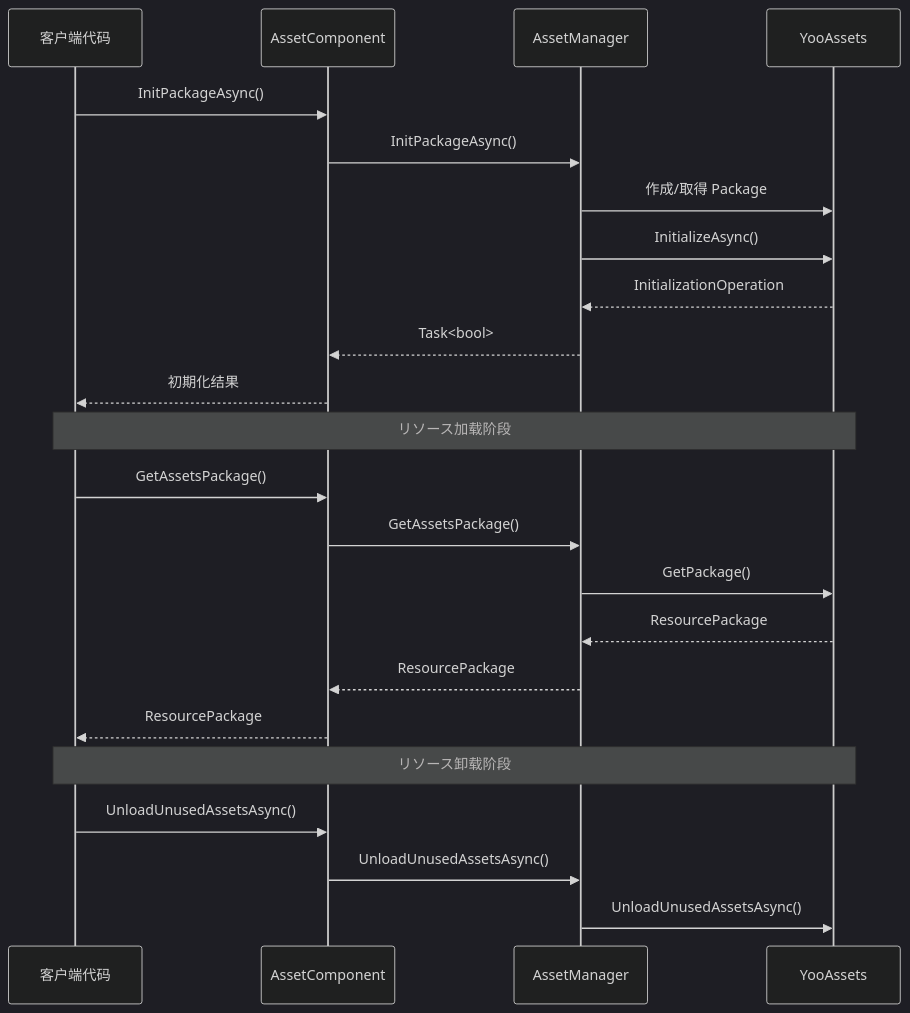
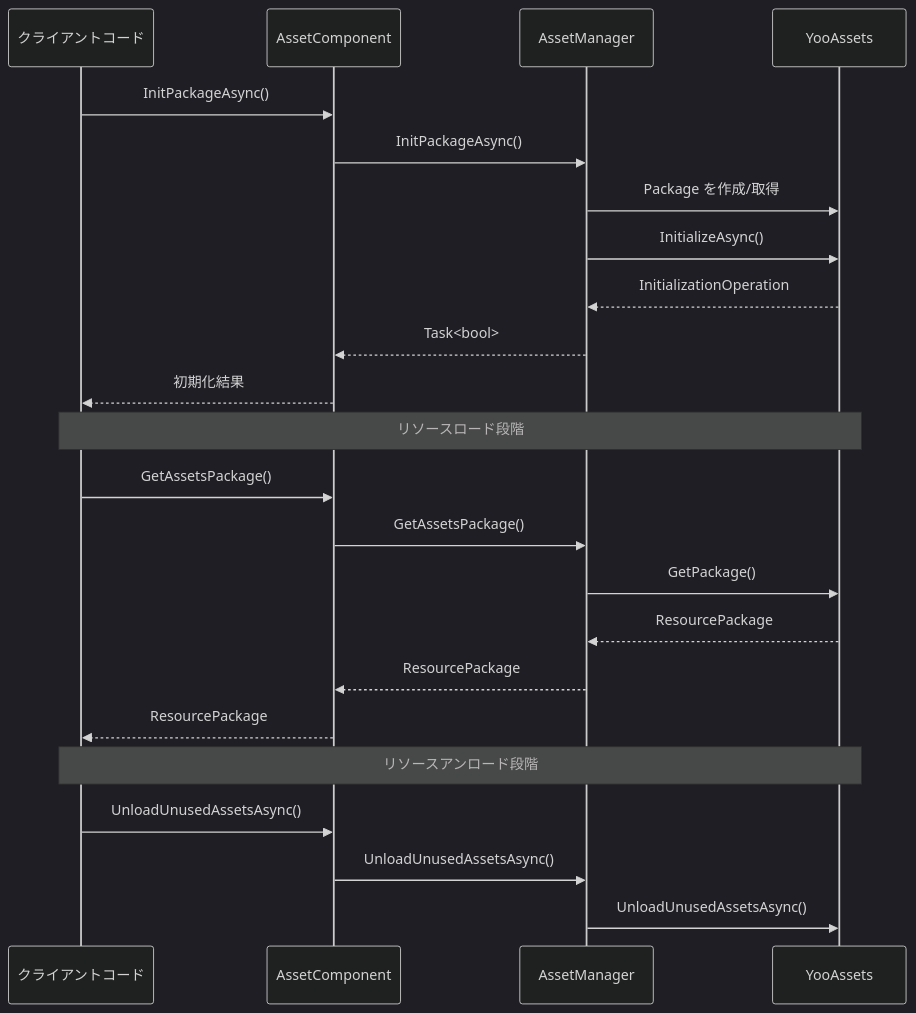
The second of 2 diagrams in docs/ja/client/unity/component/asset/12.package-management.md (AlianBlank/GameFrameX.Docs), drawn with Mermaid (dark theme) before and after one commit. The commit also changed other lines of this file and 320 other files, not shown here.

````diff
--- a/docs/ja/client/unity/component/asset/12.package-management.md
+++ b/docs/ja/client/unity/component/asset/12.package-management.md
@@ -262,30 +262,30 @@
 ```mermaid
 sequenceDiagram
-    participant Client as 客户端代码
+    participant Client as クライアントコード
     participant AC as AssetComponent
     participant AM as AssetManager
     participant YA as YooAssets
 
     Client->>AC: InitPackageAsync()
     AC->>AM: InitPackageAsync()
-    AM->>YA: 作成/取得 Package
+    AM->>YA: Package を作成/取得
     AM->>YA: InitializeAsync()
     YA-->>AM: InitializationOperation
     AM-->>AC: Task<bool>
-    AC-->>Client: 初期化结果
+    AC-->>Client: 初期化結果
 
-    Note over Client,YA: リソース加载阶段
+    Note over Client,YA: リソースロード段階
 
     Client->>AC: GetAssetsPackage()
     AC->>AM: GetAssetsPackage()
     AM->>YA: GetPackage()
     YA-->>AM: ResourcePackage
     AM-->>AC: ResourcePackage
     AC-->>Client: ResourcePackage
 
-    Note over Client,YA: リソース卸载阶段
+    Note over Client,YA: リソースアンロード段階
 
     Client->>AC: UnloadUnusedAssetsAsync()
     AC->>AM: UnloadUnusedAssetsAsync()
     AM->>YA: UnloadUnusedAssetsAsync()
 ```
````
